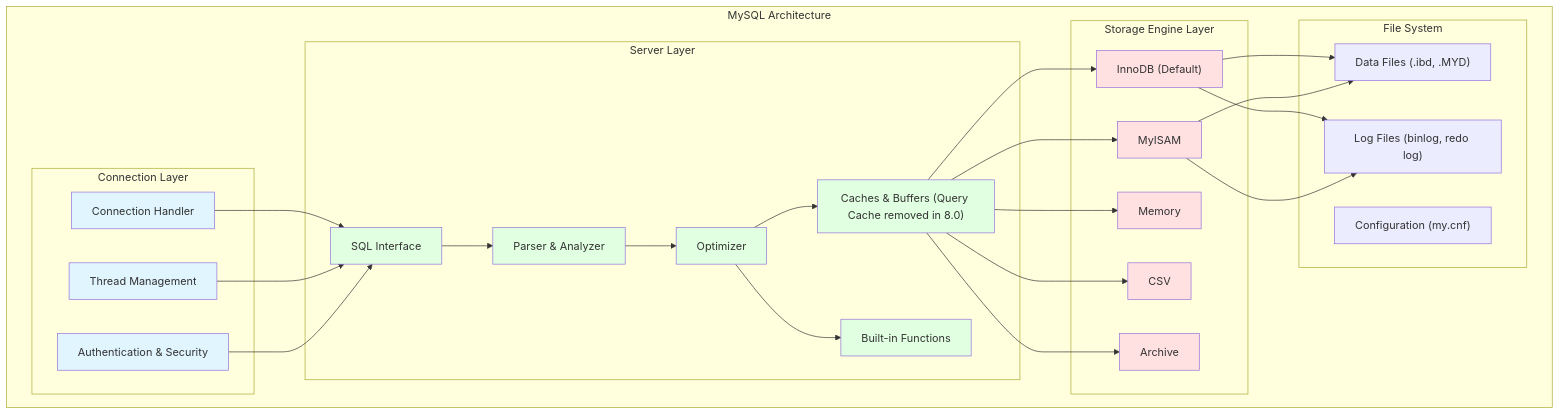
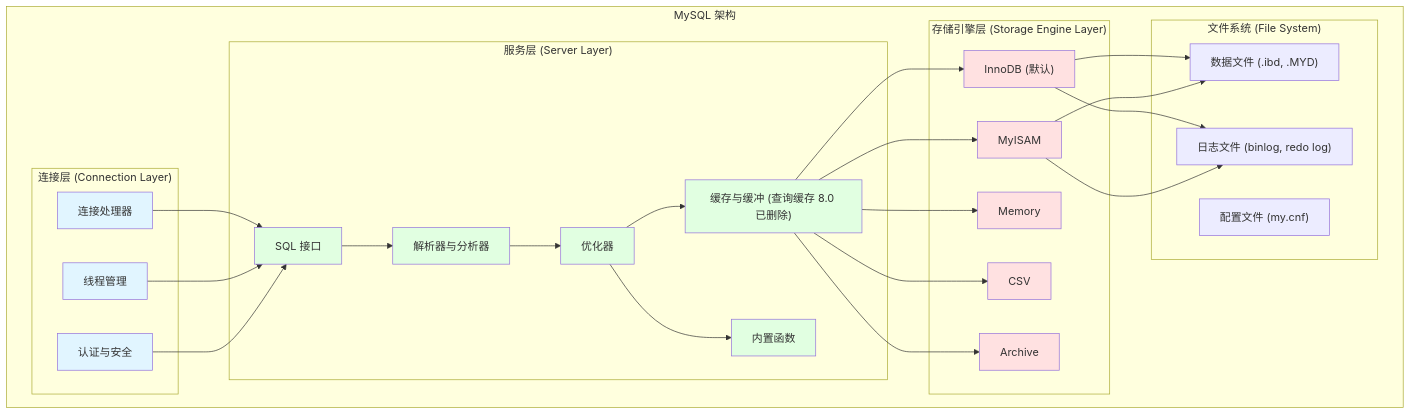
The first of 3 diagrams in i18n/zh-Hans/docusaurus-plugin-content-docs/current/cs/database/mysql/architecture.mdx (YiWang24/AiDIY), drawn with Mermaid before and after one commit. The commit also changed other lines of this file and 59 other files, not shown here.

````diff
--- a/i18n/zh-Hans/docusaurus-plugin-content-docs/current/cs/database/mysql/architecture.mdx
+++ b/i18n/zh-Hans/docusaurus-plugin-content-docs/current/cs/database/mysql/architecture.mdx
@@ -28,63 +30,63 @@
 ```mermaid
 graph TB
-    subgraph "MySQL Architecture"
-        subgraph "Connection Layer"
-            A1[Connection Handler]
-            A2[Thread Management]
-            A3[Authentication & Security]
+    subgraph "MySQL 架构"
+        subgraph "连接层 (Connection Layer)"
+            A1[连接处理器]
+            A2[线程管理]
+            A3[认证与安全]
         end
 
-        subgraph "Server Layer"
-            B1[SQL Interface]
-            B2[Parser & Analyzer]
-            B3[Optimizer]
-            B4["Caches & Buffers (Query Cache removed in 8.0)"]
-            B5[Built-in Functions]
+        subgraph "服务层 (Server Layer)"
+            B1[SQL 接口]
+            B2[解析器与分析器]
+            B3[优化器]
+            B4["缓存与缓冲 (查询缓存 8.0 已删除)"]
+            B5[内置函数]
         end
 
-        subgraph "Storage Engine Layer"
-            C1["InnoDB (Default)"]
+        subgraph "存储引擎层 (Storage Engine Layer)"
+            C1["InnoDB (默认)"]
             C2[MyISAM]
             C3[Memory]
             C4[CSV]
             C5[Archive]
         end
 
-        subgraph "File System"
-            D1["Data Files (.ibd, .MYD)"]
-            D2["Log Files (binlog, redo log)"]
-            D3["Configuration (my.cnf)"]
+        subgraph "文件系统 (File System)"
+            D1["数据文件 (.ibd, .MYD)"]
+            D2["日志文件 (binlog, redo log)"]
+            D3["配置文件 (my.cnf)"]
         end
     end
 
     A1 --> B1
     A2 --> B1
     A3 --> B1
     B1 --> B2
     B2 --> B3
     B3 --> B4
     B3 --> B5
     B4 --> C1
     B4 --> C2
     B4 --> C3
     B4 --> C4
     B4 --> C5
     C1 --> D1
     C2 --> D1
     C1 --> D2
     C2 --> D2
 
     style A1 fill:#e1f5ff
     style A2 fill:#e1f5ff
     style A3 fill:#e1f5ff
     style B1 fill:#e1ffe1
     style B2 fill:#e1ffe1
     style B3 fill:#e1ffe1
     style B4 fill:#e1ffe1
     style B5 fill:#e1ffe1
     style C1 fill:#ffe1e1
     style C2 fill:#ffe1e1
     style C3 fill:#ffe1e1
     style C4 fill:#ffe1e1
     style C5 fill:#ffe1e1
 ```
````
